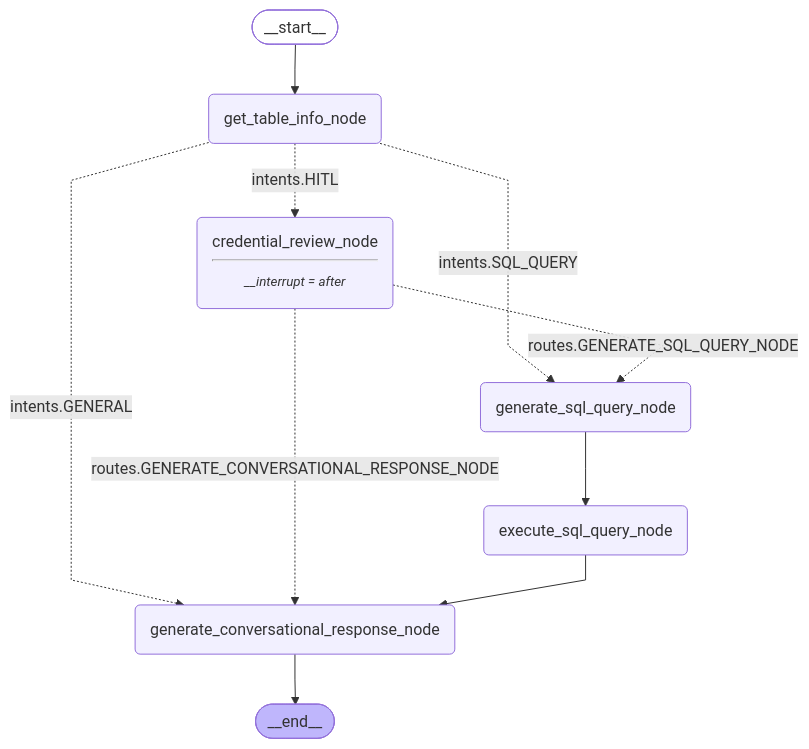
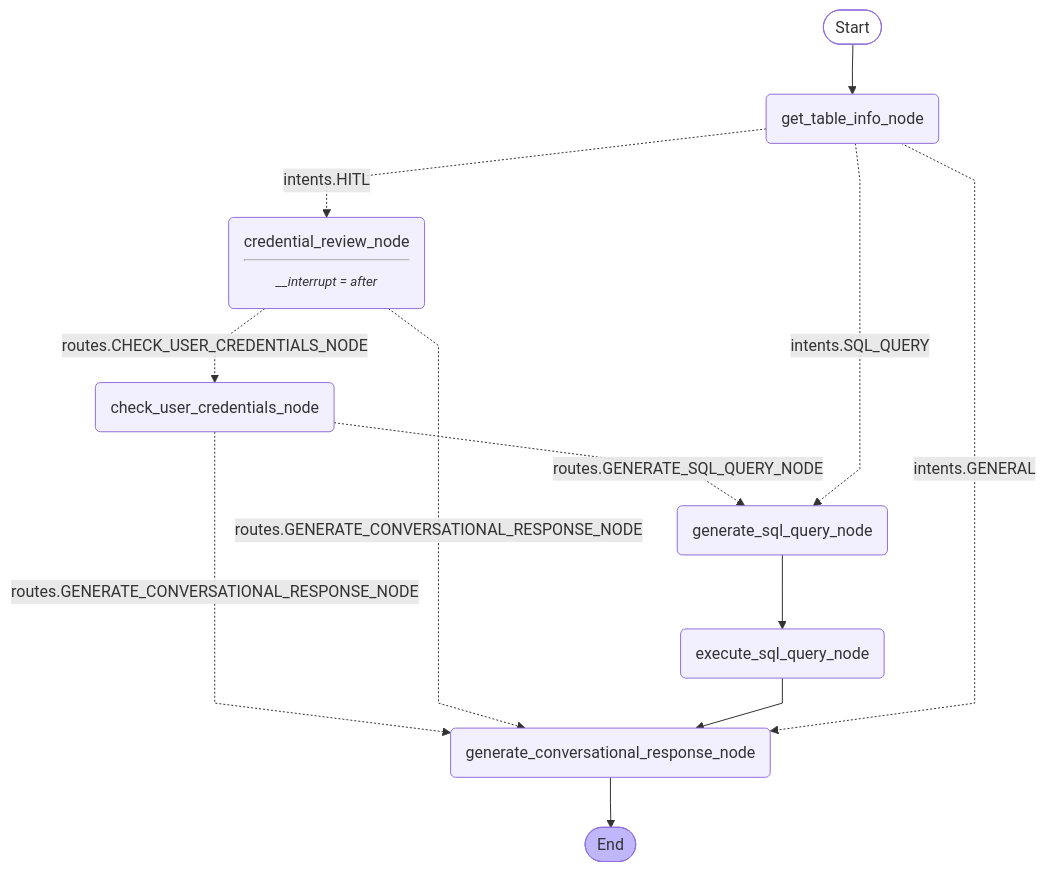
One commit to lakmalab/LibrAI-intelligent-library-chatbot-langraph-backend changed the diagram in agent_workflow_graph.mmd. Above: the diagram before and after it, drawn with Mermaid. The commit also changed 3 other files, not shown here.

Commit message:
feat: update agent workflow diagram and fix image reference in README

```diff
--- a/agent_workflow_graph.mmd
+++ b/agent_workflow_graph.mmd
@@ -1,27 +1,41 @@
 ---
 config:
   flowchart:
     curve: linear
 ---
-graph TD;
-    __start__([<p>__start__</p>]):::first
+graph TD
+    %% --- Nodes ---
+    __start__([Start]):::first
     generate_conversational_response_node(generate_conversational_response_node)
     get_table_info_node(get_table_info_node)
-    credential_review_node(credential_review_node<hr/><small><em>__interrupt = after</em></small>)
+
+    %% Quoted the HTML label below to prevent parse errors
+    credential_review_node("credential_review_node<hr/><small><em>__interrupt = after</em></small>")
+
     generate_sql_query_node(generate_sql_query_node)
     execute_sql_query_node(execute_sql_query_node)
-    __end__([<p>__end__</p>]):::last
+    check_user_credentials_node(check_user_credentials_node)
+    __end__([End]):::last
 
+    %% --- Edges ---
     __start__ --> get_table_info_node
+
+    check_user_credentials_node -. "routes.GENERATE_CONVERSATIONAL_RESPONSE_NODE" .-> generate_conversational_response_node
+    check_user_credentials_node -. "routes.GENERATE_SQL_QUERY_NODE" .-> generate_sql_query_node
+
+    credential_review_node -. "routes.CHECK_USER_CREDENTIALS_NODE" .-> check_user_credentials_node
+    credential_review_node -. "routes.GENERATE_CONVERSATIONAL_RESPONSE_NODE" .-> generate_conversational_response_node
+
+    execute_sql_query_node --> generate_conversational_response_node
+    generate_sql_query_node --> execute_sql_query_node
+
     get_table_info_node -. "intents.HITL" .-> credential_review_node
     get_table_info_node -. "intents.GENERAL" .-> generate_conversational_response_node
     get_table_info_node -. "intents.SQL_QUERY" .-> generate_sql_query_node
-    credential_review_node -. "routes.GENERATE_CONVERSATIONAL_RESPONSE_NODE" .-> generate_conversational_response_node
-    credential_review_node -. "routes.GENERATE_SQL_QUERY_NODE" .-> generate_sql_query_node
-    generate_sql_query_node --> execute_sql_query_node
-    execute_sql_query_node --> generate_conversational_response_node
+
     generate_conversational_response_node --> __end__
 
+    %% --- Styling ---
     classDef default fill:#f2f0ff,line-height:1.2
     classDef first fill-opacity:0
     classDef last fill:#bfb6fc
```
